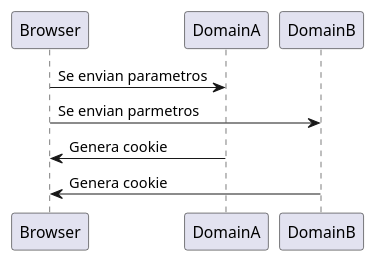
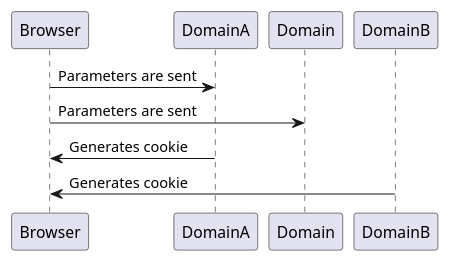
Before and after one commit to josejuanmontiel/blog: the first of 2 diagrams in src/jbake/content/2017/11/cookies_1_of_2.adoc, drawn with PlantUML. The commit also changed other lines of this file and 23 other files, not shown here.

```diff
--- a/src/jbake/content/2017/11/cookies_1_of_2.adoc
+++ b/src/jbake/content/2017/11/cookies_1_of_2.adoc
@@ -115,7 +115,7 @@
 [plantuml, cookie-plantuml-diagram-1, alt="Class diagram", width=640, height=480]
 ----
-Browser -> DomainA: Se envian parametros
-Browser -> DomainB: Se envian parmetros
-DomainA -> Browser: Genera cookie
-DomainB -> Browser: Genera cookie
+Browser -> DomainA: Parameters are sent
+Browser -> Domain: Parameters are sent
+DomainA -> Browser: Generates cookie
+DomainB -> Browser: Generates cookie
 ----
```
